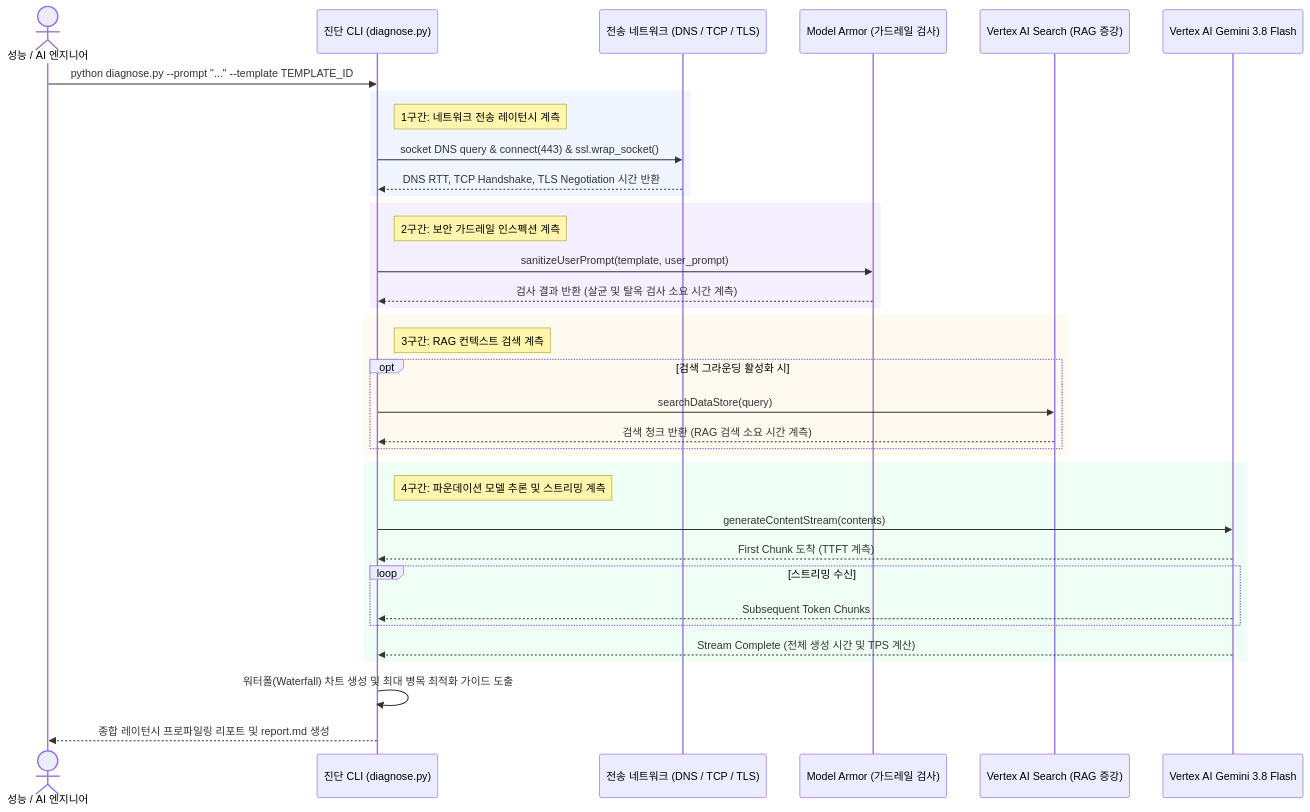
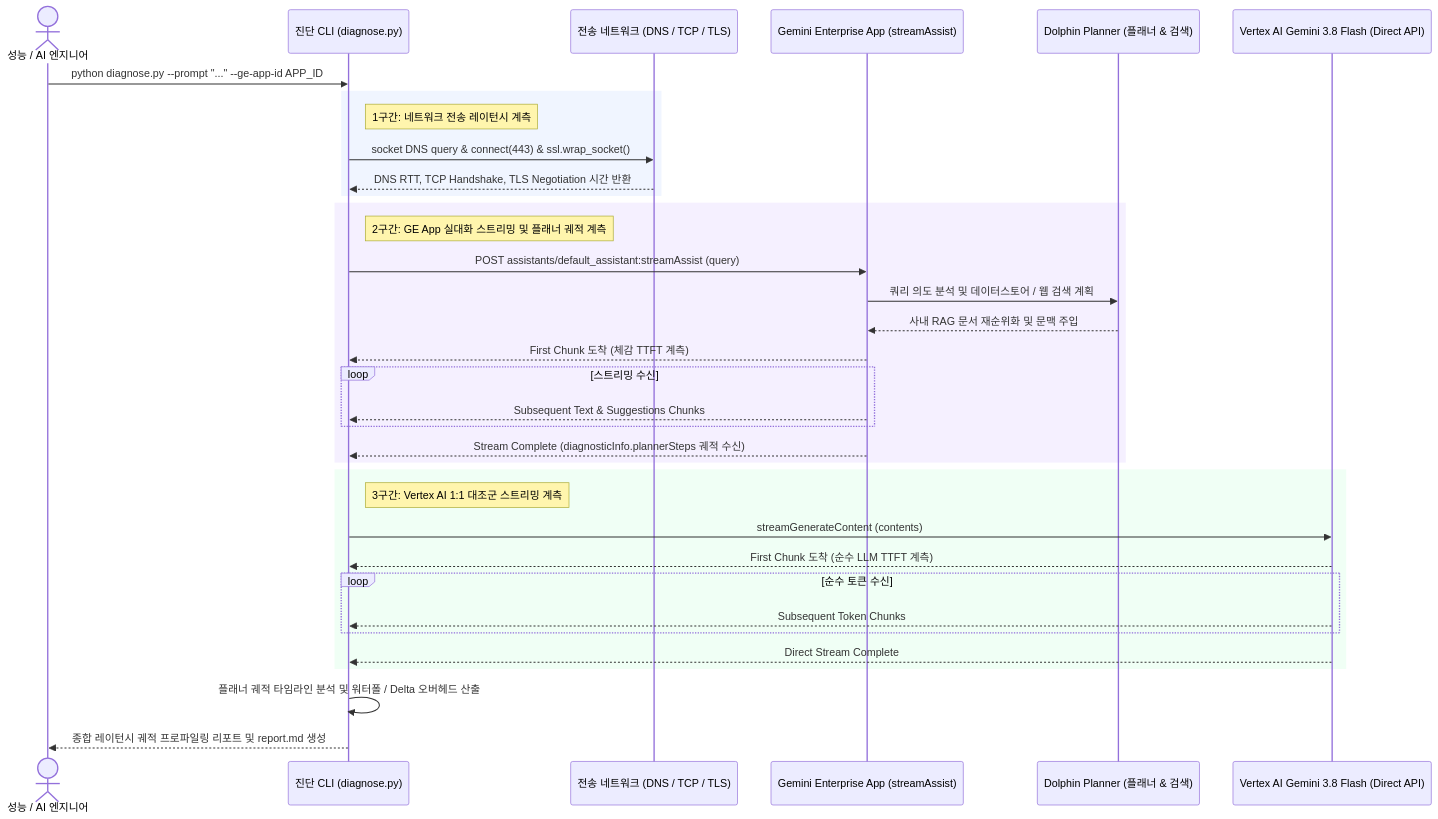
One commit to jiangjun-forge/google-cloud-0-to-1 changed the diagram in samples/gemini-enterprise-latency-profiler/docs/TDD.md. Above: the diagram before and after it, drawn with Mermaid. The commit also changed other lines of this file and 5 other files, not shown here.

````diff
--- a/samples/gemini-enterprise-latency-profiler/docs/TDD.md
+++ b/samples/gemini-enterprise-latency-profiler/docs/TDD.md
@@ -19,44 +19,42 @@
 ```mermaid
 sequenceDiagram
     actor Engineer as 성능 / AI 엔지니어
     participant CLI as 진단 CLI (diagnose.py)
     participant Net as 전송 네트워크 (DNS / TCP / TLS)
-    participant Armor as Model Armor (가드레일 검사)
-    participant Search as Vertex AI Search (RAG 증강)
-    participant Gemini as Vertex AI Gemini 3.8 Flash
+    participant GE as Gemini Enterprise App (streamAssist)
+    participant Planner as Dolphin Planner (플래너 & 검색)
+    participant Vertex as Vertex AI Gemini 3.8 Flash (Direct API)
 
-    Engineer->>CLI: python diagnose.py --prompt "..." --template TEMPLATE_ID
+    Engineer->>CLI: python diagnose.py --prompt "..." --ge-app-id APP_ID
     
     rect rgb(240, 245, 255)
     note right of CLI: 1구간: 네트워크 전송 레이턴시 계측
     CLI->>Net: socket DNS query & connect(443) & ssl.wrap_socket()
     Net-->>CLI: DNS RTT, TCP Handshake, TLS Negotiation 시간 반환
     end
 
     rect rgb(245, 240, 255)
-    note right of CLI: 2구간: 보안 가드레일 인스펙션 계측
-    CLI->>Armor: sanitizeUserPrompt(template, user_prompt)
-    Armor-->>CLI: 검사 결과 반환 (살균 및 탈옥 검사 소요 시간 계측)
+    note right of CLI: 2구간: GE App 실대화 스트리밍 및 플래너 궤적 계측
+    CLI->>GE: POST assistants/default_assistant:streamAssist (query)
+    GE->>Planner: 쿼리 의도 분석 및 데이터스토어 / 웹 검색 계획
+    Planner-->>GE: 사내 RAG 문서 재순위화 및 문맥 주입
+    GE-->>CLI: First Chunk 도착 (체감 TTFT 계측)
+    loop 스트리밍 수신
+        GE-->>CLI: Subsequent Text & Suggestions Chunks
     end
-
-    rect rgb(255, 250, 240)
-    note right of CLI: 3구간: RAG 컨텍스트 검색 계측
-    opt 검색 그라운딩 활성화 시
-        CLI->>Search: searchDataStore(query)
-        Search-->>CLI: 검색 청크 반환 (RAG 검색 소요 시간 계측)
-    end
+    GE-->>CLI: Stream Complete (diagnosticInfo.plannerSteps 궤적 수신)
     end
 
     rect rgb(240, 255, 245)
-    note right of CLI: 4구간: 파운데이션 모델 추론 및 스트리밍 계측
-    CLI->>Gemini: generateContentStream(contents)
-    Gemini-->>CLI: First Chunk 도착 (TTFT 계측)
-    loop 스트리밍 수신
-        Gemini-->>CLI: Subsequent Token Chunks
+    note right of CLI: 3구간: Vertex AI 1:1 대조군 스트리밍 계측
+    CLI->>Vertex: streamGenerateContent (contents)
+    Vertex-->>CLI: First Chunk 도착 (순수 LLM TTFT 계측)
+    loop 순수 토큰 수신
+        Vertex-->>CLI: Subsequent Token Chunks
     end
-    Gemini-->>CLI: Stream Complete (전체 생성 시간 및 TPS 계산)
+    Vertex-->>CLI: Direct Stream Complete
     end
 
-    CLI->>CLI: 워터폴(Waterfall) 차트 생성 및 최대 병목 최적화 가이드 도출
-    CLI-->>Engineer: 종합 레이턴시 프로파일링 리포트 및 report.md 생성
+    CLI->>CLI: 플래너 궤적 타임라인 분석 및 워터폴 / Delta 오버헤드 산출
+    CLI-->>Engineer: 종합 레이턴시 궤적 프로파일링 리포트 및 report.md 생성
 ```
````
